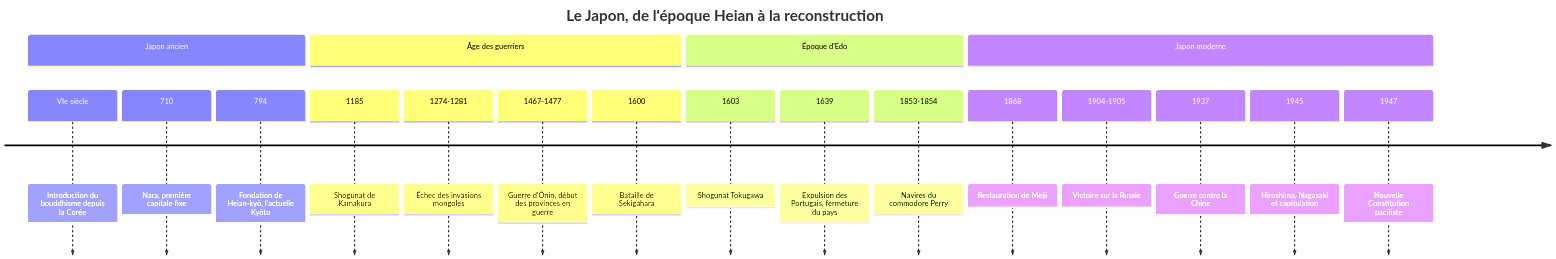
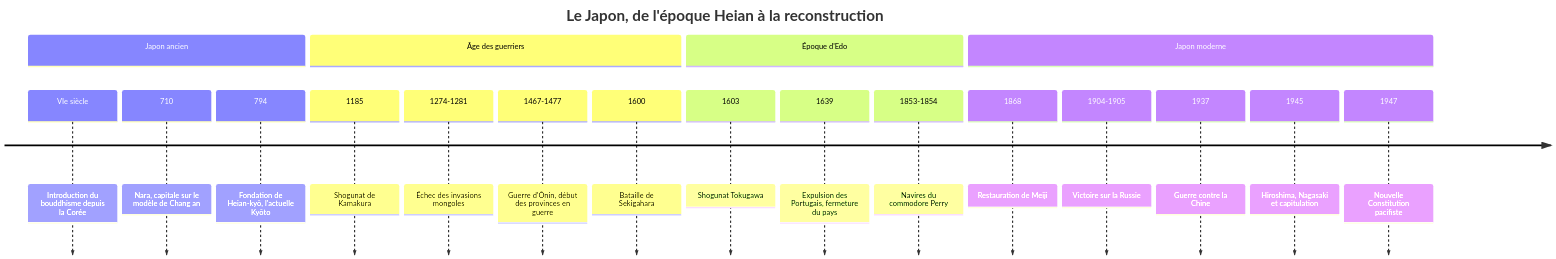
The diagram in Social Sciences/History/Japon/Histoire du Japon.md (rwmicro/pensine), drawn with Mermaid before and after one commit. The commit also changed other lines of this file and 2 other files, not shown here.

Commit message:
save: 30/09/2026 — vérification des sources : Nara, Hoggart, Gini nordique (3 fichiers)
Claude-Session: https://claude.ai/code/session_012CvykQeWyjhezdWizEoEAN

````diff
--- a/Social Sciences/History/Japon/Histoire du Japon.md
+++ b/Social Sciences/History/Japon/Histoire du Japon.md
@@ -15,23 +15,23 @@
 ```mermaid
 timeline
     title Le Japon, de l'époque Heian à la reconstruction
     section Japon ancien
         VIe siècle : Introduction du bouddhisme depuis la Corée
-        710 : Nara, première capitale fixe
+        710 : Nara, capitale sur le modèle de Chang an
         794 : Fondation de Heian-kyō, l'actuelle Kyōto
     section Âge des guerriers
         1185 : Shogunat de Kamakura
         1274-1281 : Échec des invasions mongoles
         1467-1477 : Guerre d'Ōnin, début des provinces en guerre
         1600 : Bataille de Sekigahara
     section Époque d'Edo
         1603 : Shogunat Tokugawa
         1639 : Expulsion des Portugais, fermeture du pays
         1853-1854 : Navires du commodore Perry
     section Japon moderne
         1868 : Restauration de Meiji
         1904-1905 : Victoire sur la Russie
         1937 : Guerre contre la Chine
         1945 : Hiroshima, Nagasaki et capitulation
         1947 : Nouvelle Constitution pacifiste
 ```
````
